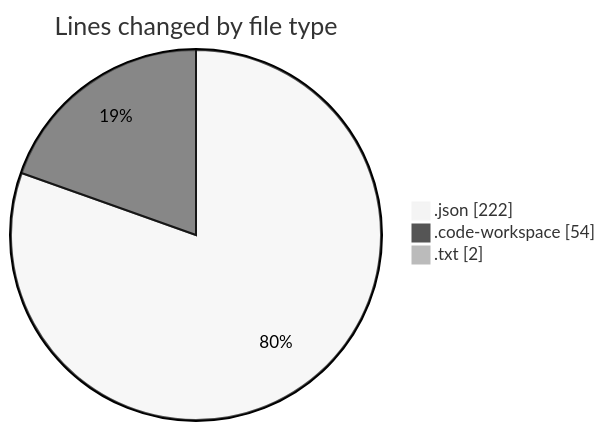
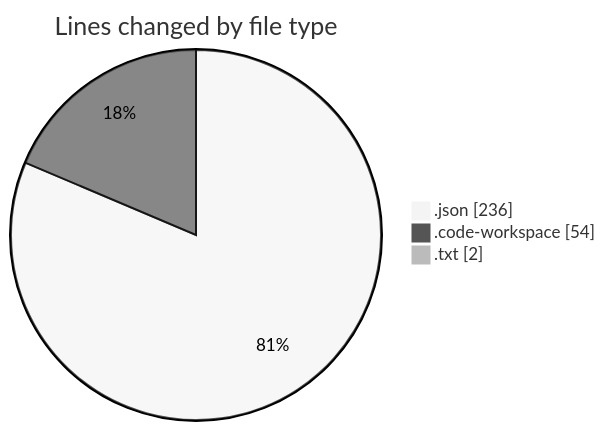
The first of 2 diagrams in 2026-02-24/workbench__workspace_/README.md (jadenblack/code-tracking), drawn with Mermaid (neutral theme) before and after one commit. The commit also changed other lines of this file and 1 other file, not shown here.

````diff
--- a/2026-02-24/workbench__workspace_/README.md
+++ b/2026-02-24/workbench__workspace_/README.md
@@ -22,7 +23,7 @@
 ```mermaid
 pie showData
 title Lines changed by file type
-".json" : 222
+".json" : 236
 ".code-workspace" : 54
 ".txt" : 2
 ```
````
